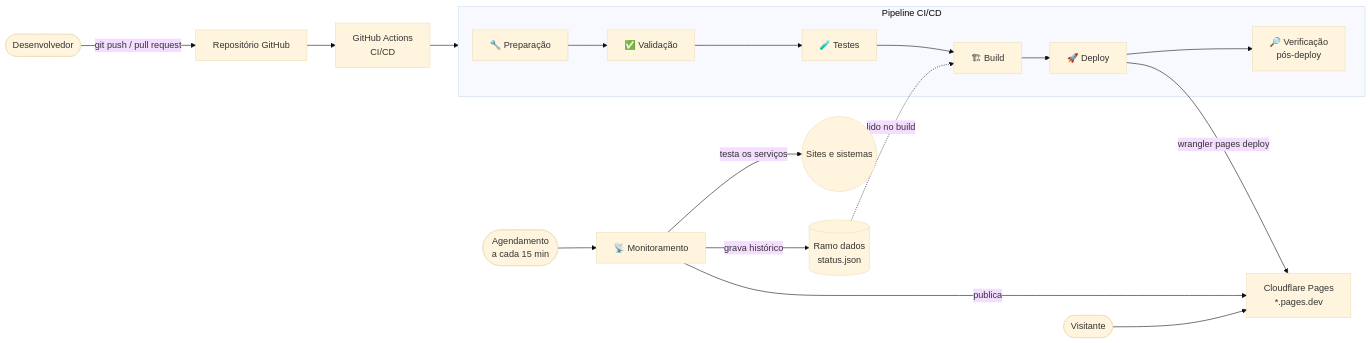
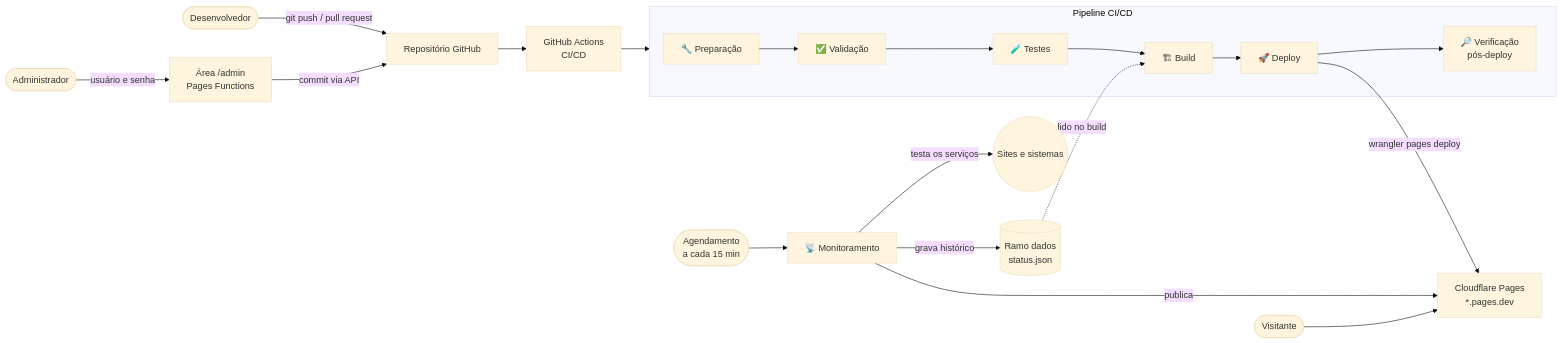
One commit to jlvjunior/telemetria-status changed the diagram in README.md. Above: the diagram before and after it, drawn with Mermaid (base theme). The commit also changed other lines of this file and 16 other files, not shown here.

Commit message:
Área de gestão de serviços protegida por senha

````diff
--- a/README.md
+++ b/README.md
@@ -23,16 +23,18 @@
 ```mermaid
 flowchart LR
     DEV([Desenvolvedor]) -->|git push / pull request| GH[Repositório GitHub]
     GH --> CI[GitHub Actions<br/>CI/CD]
     subgraph CI_PIPE[Pipeline CI/CD]
         A[🔧 Preparação] --> B[✅ Validação] --> C[🧪 Testes] --> D[🏗 Build] --> E[🚀 Deploy] --> F[🔎 Verificação<br/>pós-deploy]
     end
     CI --> CI_PIPE
     E -->|wrangler pages deploy| CF[Cloudflare Pages<br/>*.pages.dev]
     CRON([Agendamento<br/>a cada 15 min]) --> MON[📡 Monitoramento]
     MON -->|testa os serviços| NET((Sites e sistemas))
     MON -->|grava histórico| DADOS[(Ramo dados<br/>status.json)]
     MON -->|publica| CF
     DADOS -.->|lido no build| D
     USR([Visitante]) --> CF
+    ADM([Administrador]) -->|usuário e senha| ADMIN[Área /admin<br/>Pages Functions]
+    ADMIN -->|commit via API| GH
 ```
````
